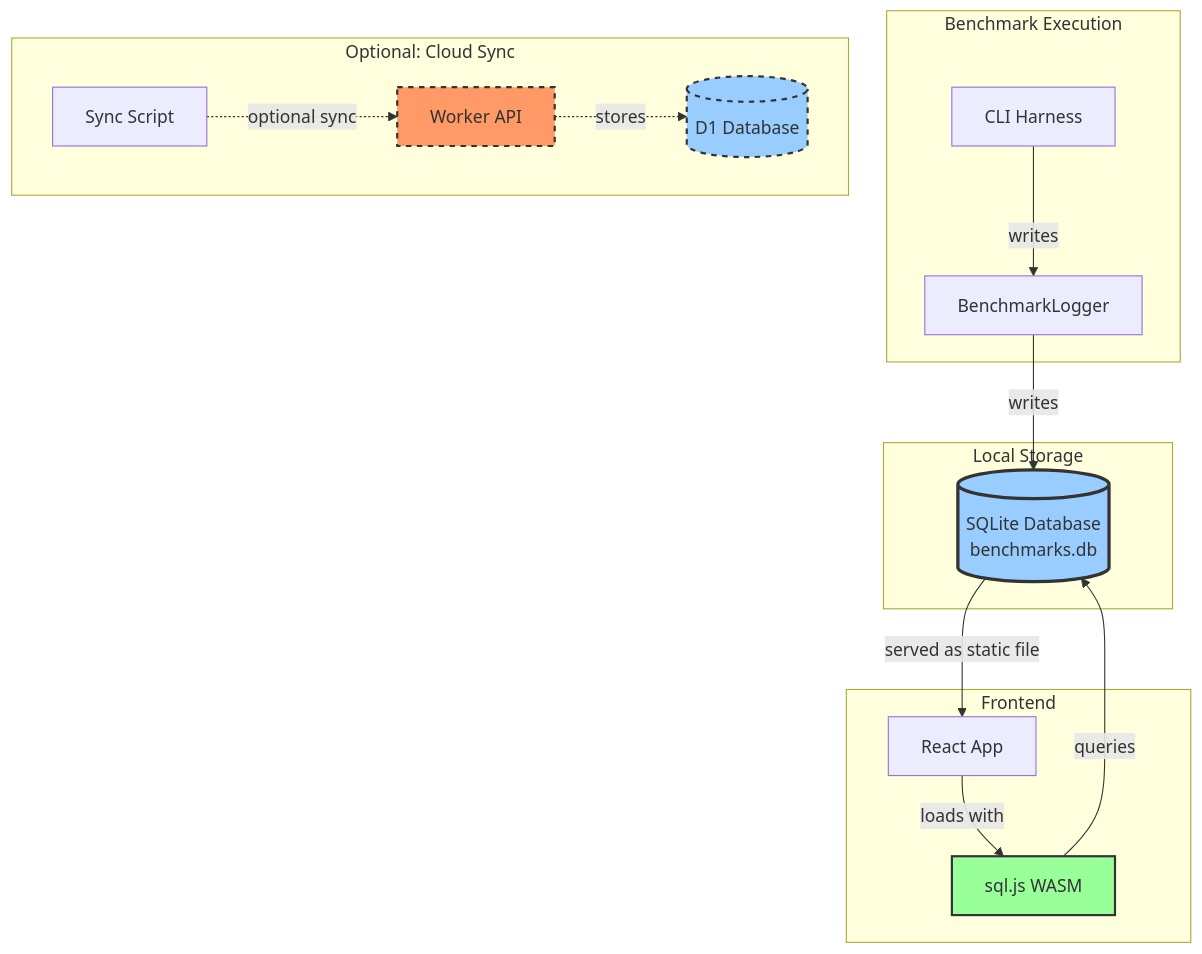
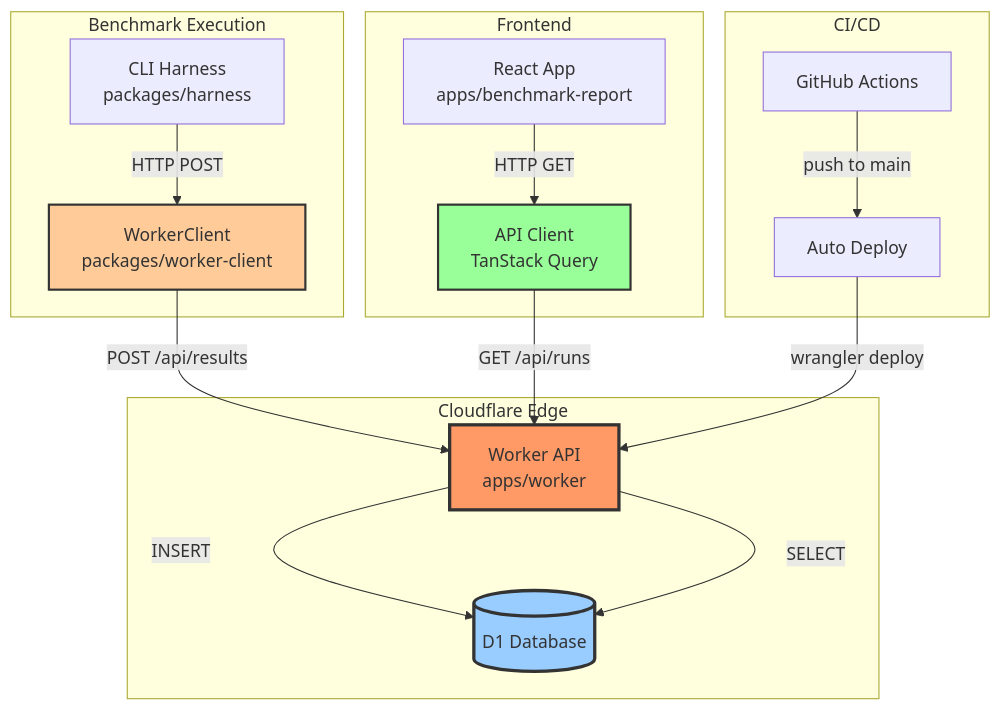
One commit to ZephyrCloudIO/ze-benchmarks changed the first of 19 diagrams in ARCHITECTURE.md. Above: the diagram before and after it, drawn with Mermaid. The commit also changed other lines of this file and 15 other files, not shown here.

````diff
--- a/ARCHITECTURE.md
+++ b/ARCHITECTURE.md
@@ -37,36 +38,38 @@
 ```mermaid
 graph TB
     subgraph "Benchmark Execution"
-        A[CLI Harness]
-        B[BenchmarkLogger]
+        CLI[CLI Harness<br/>packages/harness]
+        LOGGER[WorkerClient<br/>packages/worker-client]
     end
 
-    subgraph "Local Storage"
-        C[(SQLite Database<br/>benchmarks.db)]
+    subgraph "Cloudflare Edge"
+        WORKER[Worker API<br/>apps/worker]
+        D1[(D1 Database)]
     end
 
     subgraph "Frontend"
-        D[React App]
-        E[sql.js WASM]
+        REACT[React App<br/>apps/benchmark-report]
+        APICLIENT[API Client<br/>TanStack Query]
     end
 
-    subgraph "Optional: Cloud Sync"
-        F[Worker API]
-        G[(D1 Database)]
-        H[Sync Script]
+    subgraph "CI/CD"
+        GHA[GitHub Actions]
+        DEPLOY[Auto Deploy]
     end
 
-    A -->|writes| B
-    B -->|writes| C
-    C -->|served as static file| D
-    D -->|loads with| E
-    E -->|queries| C
-    
-    H -.->|optional sync| F
-    F -.->|stores| G
+    CLI -->|HTTP POST| LOGGER
+    LOGGER -->|POST /api/results| WORKER
+    WORKER -->|INSERT| D1
 
-    style C fill:#9cf,stroke:#333,stroke-width:3px
-    style E fill:#9f9,stroke:#333,stroke-width:2px
-    style F fill:#f96,stroke:#333,stroke-width:2px,stroke-dasharray: 5 5
-    style G fill:#9cf,stroke:#333,stroke-width:2px,stroke-dasharray: 5 5
+    REACT -->|HTTP GET| APICLIENT
+    APICLIENT -->|GET /api/runs| WORKER
+    WORKER -->|SELECT| D1
+
+    GHA -->|push to main| DEPLOY
+    DEPLOY -->|wrangler deploy| WORKER
+
+    style WORKER fill:#f96,stroke:#333,stroke-width:3px
+    style D1 fill:#9cf,stroke:#333,stroke-width:3px
+    style LOGGER fill:#fc9,stroke:#333,stroke-width:2px
+    style APICLIENT fill:#9f9,stroke:#333,stroke-width:2px
 ```
````
